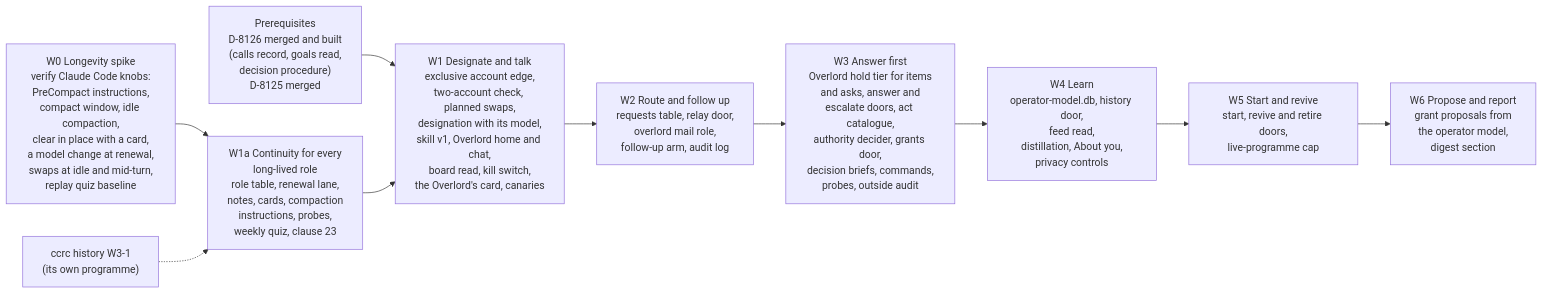
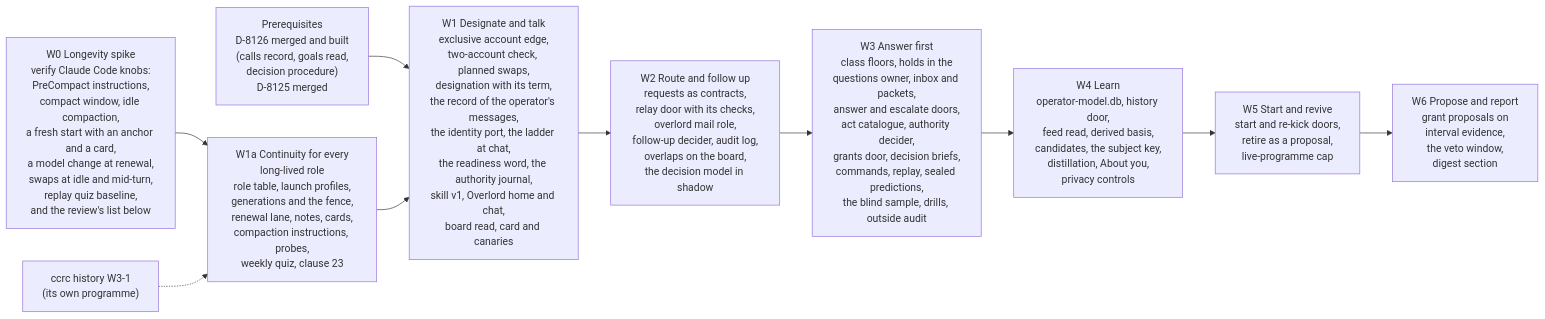
One commit to Synapsium-Labs/ccrc-pwa changed the eighth of 8 diagrams in docs/superpowers/specs/2026-11-09-overlord-design.md. Above: the diagram before and after it, drawn with Mermaid. The commit also changed other lines of this file, not shown here.

First line of the commit message:
docs(spec): the Overlord hardened by an outside review (H1 to H32): containers, decision tiers, trust, readiness

````diff
--- a/docs/superpowers/specs/2026-11-09-overlord-design.md
+++ b/docs/superpowers/specs/2026-11-09-overlord-design.md
@@ -1578,13 +2953,13 @@
 ```mermaid
 flowchart LR
   P0["Prerequisites<br/>D-8126 merged and built<br/>(calls record, goals read,<br/>decision procedure)<br/>D-8125 merged"] --> W1
-  W0["W0 Longevity spike<br/>verify Claude Code knobs:<br/>PreCompact instructions,<br/>compact window, idle compaction,<br/>clear in place with a card,<br/>a model change at renewal,<br/>swaps at idle and mid-turn,<br/>replay quiz baseline"] --> W1A
+  W0["W0 Longevity spike<br/>verify Claude Code knobs:<br/>PreCompact instructions,<br/>compact window, idle compaction,<br/>a fresh start with an anchor and a card,<br/>a model change at renewal,<br/>swaps at idle and mid-turn,<br/>replay quiz baseline,<br/>and the review's list below"] --> W1A
   H3["ccrc history W3-1<br/>(its own programme)"] -.-> W1A
-  W1A["W1a Continuity for every<br/>long-lived role<br/>role table, renewal lane,<br/>notes, cards, compaction<br/>instructions, probes,<br/>weekly quiz, clause 23"] --> W1
-  W1["W1 Designate and talk<br/>exclusive account edge,<br/>two-account check, planned swaps,<br/>designation with its model,<br/>skill v1, Overlord home and chat,<br/>board read, kill switch,<br/>the Overlord's card, canaries"] --> W2
-  W2["W2 Route and follow up<br/>requests table, relay door,<br/>overlord mail role,<br/>follow-up arm, audit log"] --> W3
-  W3["W3 Answer first<br/>Overlord hold tier for items<br/>and asks, answer and<br/>escalate doors, act catalogue,<br/>authority decider, grants door,<br/>decision briefs, commands,<br/>probes, outside audit"] --> W4
-  W4["W4 Learn<br/>operator-model.db, history door,<br/>feed read,<br/>distillation, About you,<br/>privacy controls"] --> W5
-  W5["W5 Start and revive<br/>start, revive and retire doors,<br/>live-programme cap"] --> W6
-  W6["W6 Propose and report<br/>grant proposals from<br/>the operator model,<br/>digest section"]
+  W1A["W1a Continuity for every<br/>long-lived role<br/>role table, launch profiles,<br/>generations and the fence,<br/>renewal lane, notes, cards,<br/>compaction instructions, probes,<br/>weekly quiz, clause 23"] --> W1
+  W1["W1 Designate and talk<br/>exclusive account edge,<br/>two-account check, planned swaps,<br/>designation with its term,<br/>the record of the operator's messages,<br/>the identity port, the ladder at chat,<br/>the readiness word, the authority journal,<br/>skill v1, Overlord home and chat,<br/>board read, card and canaries"] --> W2
+  W2["W2 Route and follow up<br/>requests as contracts,<br/>relay door with its checks,<br/>overlord mail role,<br/>follow-up decider, audit log,<br/>overlaps on the board,<br/>the decision model in shadow"] --> W3
+  W3["W3 Answer first<br/>class floors, holds in the<br/>questions owner, inbox and packets,<br/>answer and escalate doors,<br/>act catalogue, authority decider,<br/>grants door, decision briefs,<br/>commands, replay, sealed predictions,<br/>the blind sample, drills, outside audit"] --> W4
+  W4["W4 Learn<br/>operator-model.db, history door,<br/>feed read, derived basis,<br/>candidates, the subject key,<br/>distillation, About you,<br/>privacy controls"] --> W5
+  W5["W5 Start and revive<br/>start and re-kick doors,<br/>retire as a proposal,<br/>live-programme cap"] --> W6
+  W6["W6 Propose and report<br/>grant proposals on<br/>interval evidence,<br/>the veto window,<br/>digest section"]
 ```
````
